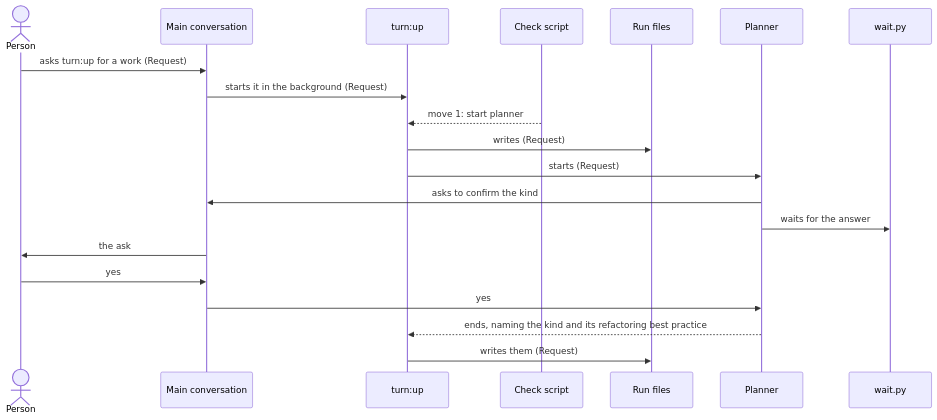
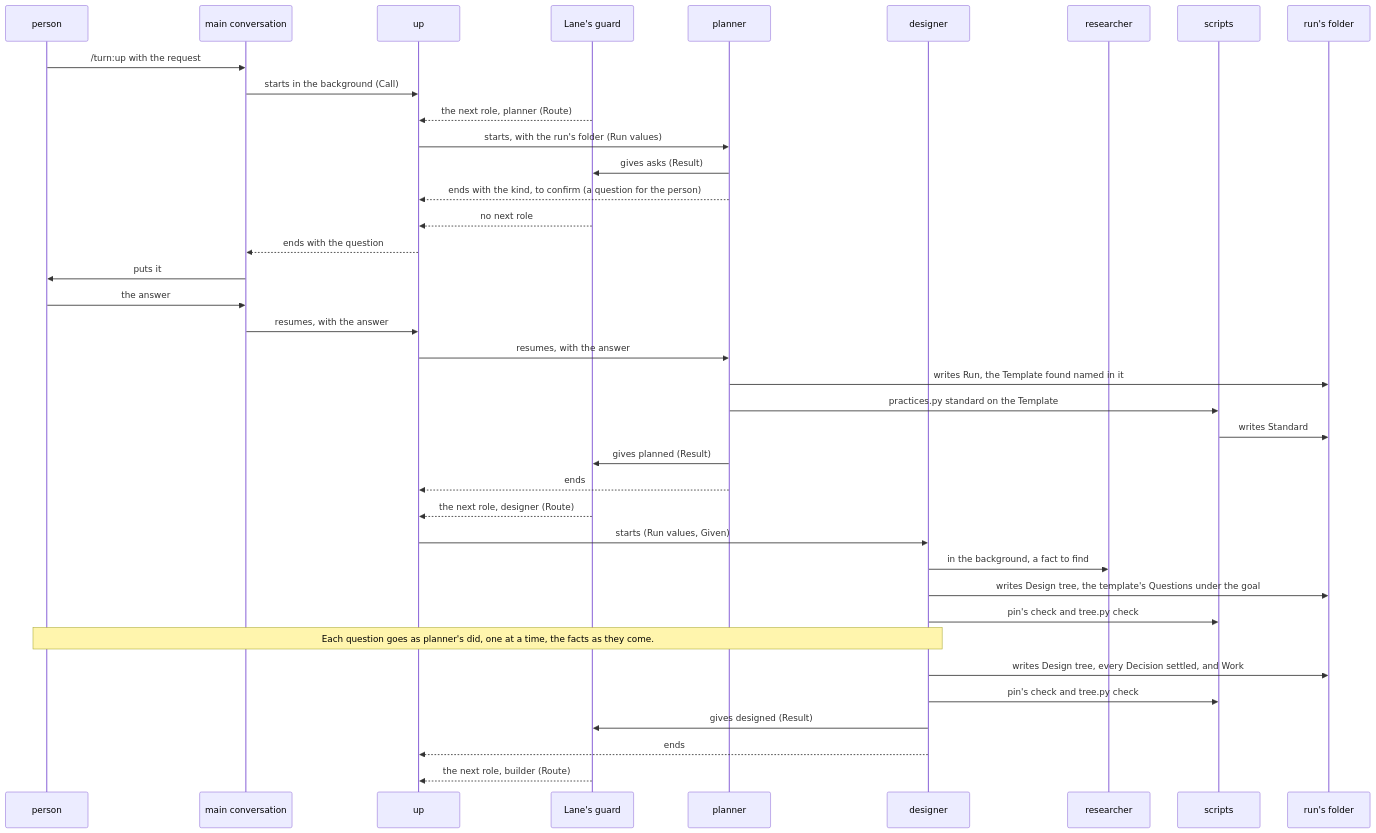
The third of 7 diagrams in dev/turn/architecture.md (lovaizu/ccpm), drawn with Mermaid before and after one commit. The commit also changed other lines of this file and 2 other files, not shown here.

````diff
--- a/dev/turn/architecture.md
+++ b/dev/turn/architecture.md
@@ -227,22 +346,40 @@
 ```mermaid
 sequenceDiagram
-  actor P as Person
-  participant M as Main conversation
-  participant U as turn:up
-  participant L as Check script
-  participant R as Run files
-  participant PL as Planner
-  participant W as wait.py
-  P->>M: asks turn:up for a work (Request)
-  M->>U: starts it in the background (Request)
-  L-->>U: move 1: start planner
-  U->>R: writes (Request)
-  U->>PL: starts (Request)
-  PL->>M: asks to confirm the kind
-  PL->>W: waits for the answer
-  M->>P: the ask
-  P->>M: yes
-  M->>PL: yes
-  PL-->>U: ends, naming the kind and its refactoring best practice
-  U->>R: writes them (Request)
+  participant P as person
+  participant M as main conversation
+  participant U as up
+  participant G as Lane's guard
+  participant PL as planner
+  participant D as designer
+  participant RS as researcher
+  participant S as scripts
+  participant F as run's folder
+  P->>M: /turn:up with the request
+  M->>U: starts in the background (Call)
+  G-->>U: the next role, planner (Route)
+  U->>PL: starts, with the run's folder (Run values)
+  PL->>G: gives asks (Result)
+  PL-->>U: ends with the kind, to confirm (a question for the person)
+  G-->>U: no next role
+  U-->>M: ends with the question
+  M->>P: puts it
+  P->>M: the answer
+  M->>U: resumes, with the answer
+  U->>PL: resumes, with the answer
+  PL->>F: writes Run, the Template found named in it
+  PL->>S: practices.py standard on the Template
+  S->>F: writes Standard
+  PL->>G: gives planned (Result)
+  PL-->>U: ends
+  G-->>U: the next role, designer (Route)
+  U->>D: starts (Run values, Given)
+  D->>RS: in the background, a fact to find
+  D->>F: writes Design tree, the template's Questions under the goal
+  D->>S: pin's check and tree.py check
+  Note over P,D: Each question goes as planner's did, one at a time, the facts as they come.
+  D->>F: writes Design tree, every Decision settled, and Work
+  D->>S: pin's check and tree.py check
+  D->>G: gives designed (Result)
+  D-->>U: ends
+  G-->>U: the next role, builder (Route)
 ```
````
